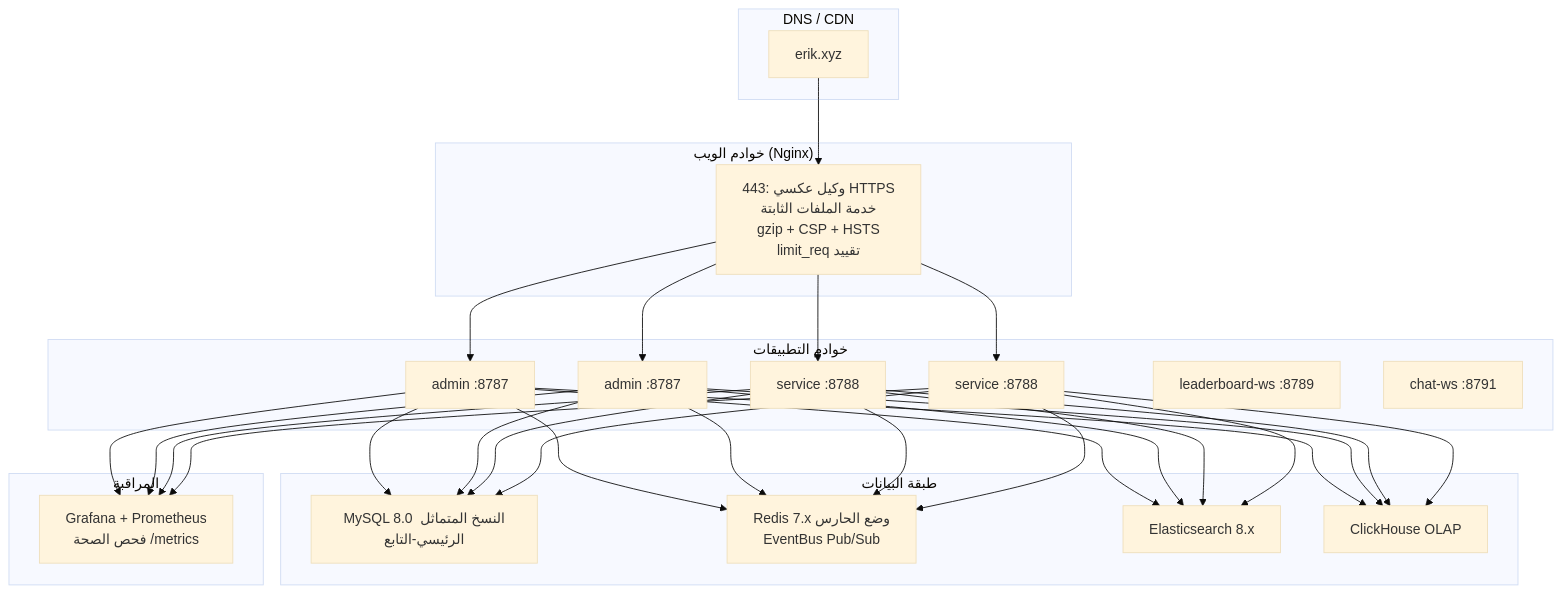
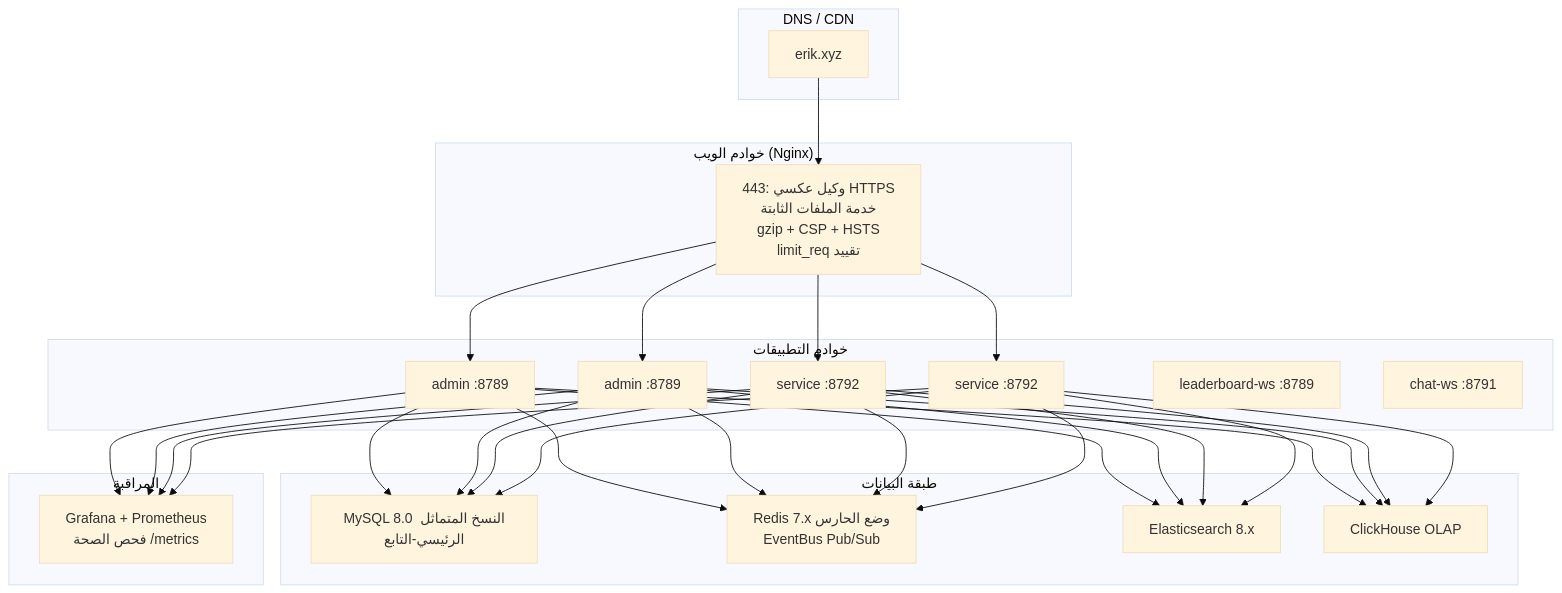
Before and after one commit to erikwang2013/game-platform-php: the second of 2 diagrams in docs/ARCHITECTURE.ar.md, drawn with Mermaid (base theme). The commit also changed other lines of this file and 265 other files, not shown here.

````diff
--- a/docs/ARCHITECTURE.ar.md
+++ b/docs/ARCHITECTURE.ar.md
@@ -336,35 +336,35 @@
 ```mermaid
 flowchart TB
     subgraph "DNS / CDN"
         DNS["erik.xyz"]
     end
 
     subgraph "خوادم الويب (Nginx)"
         NGX["وكيل عكسي :443 HTTPS<br/>خدمة الملفات الثابتة<br/>gzip + CSP + HSTS<br/>limit_req تقييد"]
     end
 
     subgraph "خوادم التطبيقات"
-        ADM1["admin :8787"]
-        ADM2["admin :8787"]
-        SVC1["service :8788"]
-        SVC2["service :8788"]
+        ADM1["admin :8789"]
+        ADM2["admin :8789"]
+        SVC1["service :8792"]
+        SVC2["service :8792"]
         WS1["leaderboard-ws :8789"]
         WS2["chat-ws :8791"]
     end
 
     subgraph "طبقة البيانات"
         MYSQL["MySQL 8.0 النسخ المتماثل الرئيسي-التابع"]
         REDIS["Redis 7.x وضع الحارس<br/>EventBus Pub/Sub"]
         ES["Elasticsearch 8.x"]
         CH["ClickHouse OLAP"]
     end
 
     subgraph "المراقبة"
         MON["Grafana + Prometheus<br/>فحص الصحة /metrics"]
     end
 
     DNS --> NGX
     NGX --> ADM1 & ADM2 & SVC1 & SVC2
     ADM1 & ADM2 & SVC1 & SVC2 --> MYSQL & REDIS & ES & CH
     ADM1 & ADM2 & SVC1 & SVC2 --> MON
 ```
````
